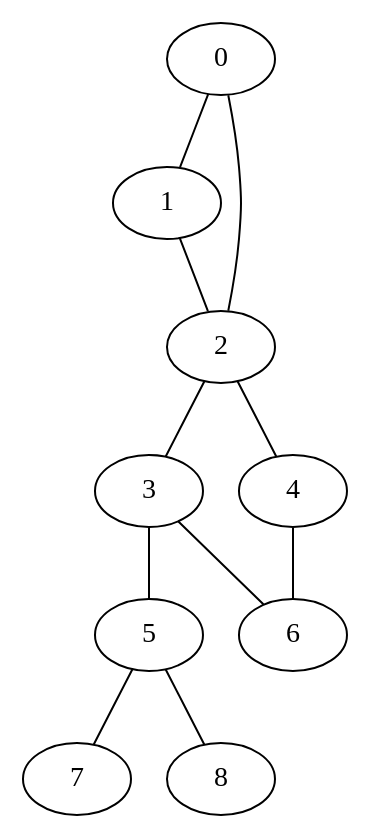
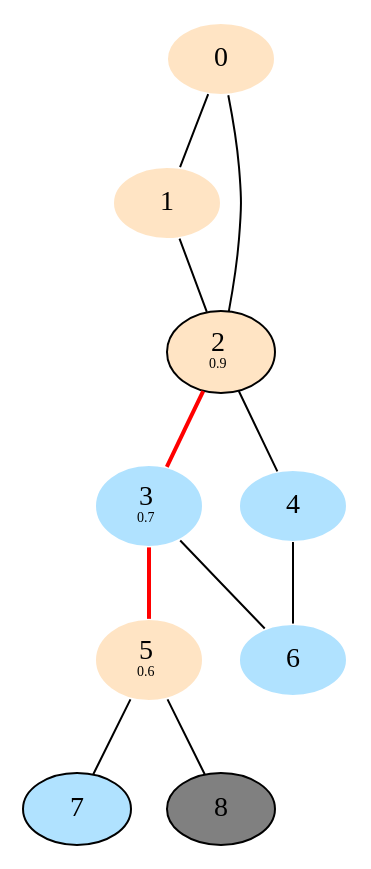
The diagram in ndrangheta/example.dot (mattyonweb/drug-syndicate), drawn with Graphviz before and after one commit. The commit also changed 5 other files, not shown here.

```diff
--- a/ndrangheta/example.dot
+++ b/ndrangheta/example.dot
@@ -1,22 +1,26 @@
-graph G {
+  graph G {
 
-  0 -- {1 2}
-  1 -- {2}
-  2 -- {3 4}
-  3 -- {5 6}
-  4 -- 6
-  5 -- {7 8}
+    node [style=filled, color=white]
 
-  0 [family=0]
-  1 [family=0]
-  2 [family=0]
-  5 [family=0]
-  
-  3 [family=1]
-  4 [family=1]
-  6 [family=1]
-  7 [family=1]
+    0 -- {1 2}
+    1 -- {2}
+    2 -- 3 [color=red, penwidth=2]
+    2 -- 4
+    3 -- 5 [color=red, penwidth=2]
+    3 -- 6
+    4 -- 6
+    5 -- {7 8}
 
-  8 [family=2]
-  
-}
+    0 [fillcolor=bisque, family=0, pop=10]
+    1 [fillcolor=bisque, family=0, pop=10]
+    2 [label=<2<br/><font point-size="7">0.9</font>>, fillcolor=bisque, family=0, pop=60, capital=t, hold=0.9, color=black]
+    5 [label=<5<br/><font point-size="7">0.6</font>>, fillcolor=bisque, family=0, pop=50, hold=0.6]
+
+    3 [label=<3<br/><font point-size="7">0.7</font>>, fillcolor=lightskyblue1, family=1, hold=0.7]
+    4 [fillcolor=lightskyblue1, family=1]
+    6 [fillcolor=lightskyblue1, family=1]
+    7 [fillcolor=lightskyblue1, family=1, hold=0.95, capital=t, color=black]
+
+    8 [fillcolor=grey, family=-1, capital=t, color=black]
+
+  }
```
